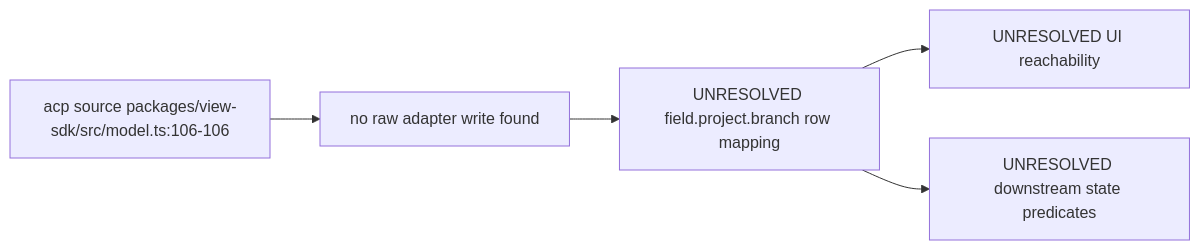
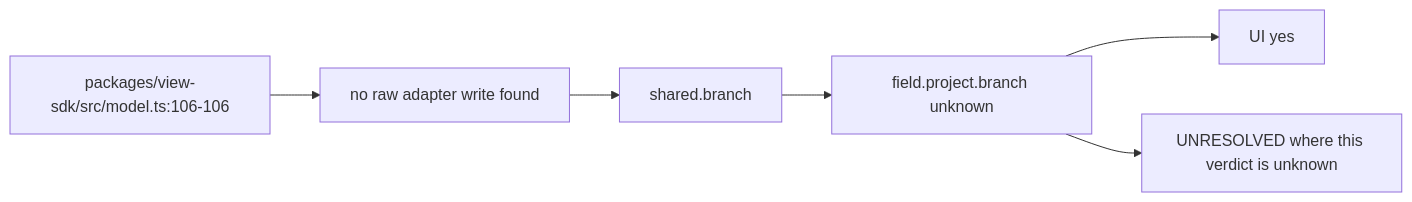
One commit to vibefield/vibefield changed the diagram in audit/godview/evidence/acp/project.branch.mmd. Above: the diagram before and after it, drawn with Mermaid. The commit also changed 1609 other files, not shown here.

```diff
--- a/audit/godview/evidence/acp/project.branch.mmd
+++ b/audit/godview/evidence/acp/project.branch.mmd
@@ -1,9 +1,13 @@
+%% graph_ref: shared.branch
+%% adapter: acp
+%% field: field.project.branch
+%% forensic: source-read at 748d015; not a live sample
 flowchart LR
-  src["acp source packages/view-sdk/src/model.ts:106-106"]
+  src["packages/view-sdk/src/model.ts:106-106"]
   raw["no raw adapter write found"]
-  row["UNRESOLVED field.project.branch row mapping"]
-  ui["UNRESOLVED UI reachability"]
-  states["UNRESOLVED downstream state predicates"]
-  src --> raw --> row
-  row --> ui
-  row --> states
+  shared["shared.branch"]
+  row["field.project.branch unknown"]
+  ui["UI yes"]
+  src --> raw --> shared --> row --> ui
+  open["UNRESOLVED where this verdict is unknown"]
+  row --> open
```
